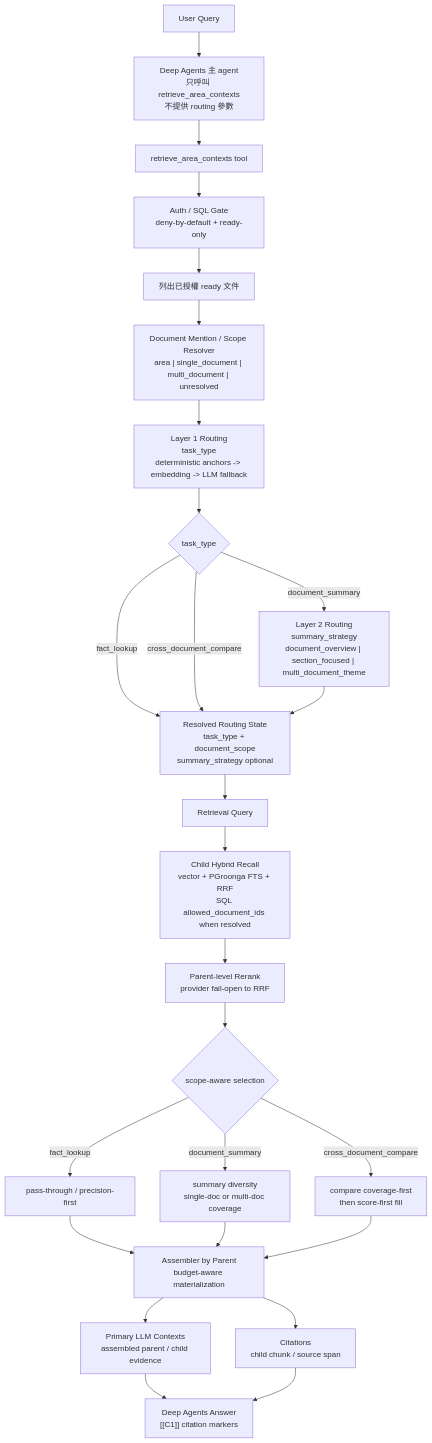
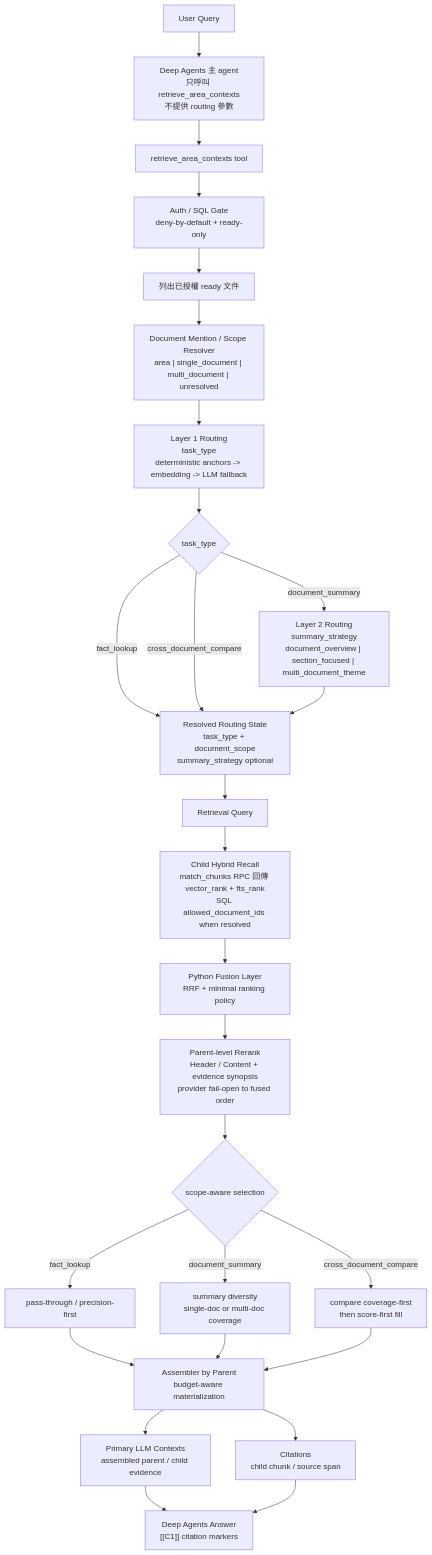
Before and after one commit to jASTARSEVEN/deep-agent-rag-stack: the second of 2 diagrams in ARCHITECTURE.md, drawn with Mermaid. The commit also changed other lines of this file and 3 other files, not shown here.

````diff
--- a/ARCHITECTURE.md
+++ b/ARCHITECTURE.md
@@ -143,33 +143,34 @@
 ```mermaid
 flowchart TD
     Q["User Query"] --> AGENT["Deep Agents 主 agent<br/>只呼叫 retrieve_area_contexts<br/>不提供 routing 參數"]
     AGENT --> TOOL["retrieve_area_contexts tool"]
     TOOL --> AUTH["Auth / SQL Gate<br/>deny-by-default + ready-only"]
 
     AUTH --> DOCS["列出已授權 ready 文件"]
     DOCS --> SCOPE["Document Mention / Scope Resolver<br/>area | single_document | multi_document | unresolved"]
     SCOPE --> L1["Layer 1 Routing<br/>task_type<br/>deterministic anchors -> embedding -> LLM fallback"]
     L1 --> L2{"task_type"}
 
     L2 -->|fact_lookup| RTS["Resolved Routing State<br/>task_type + document_scope<br/>summary_strategy optional"]
     L2 -->|document_summary| SS["Layer 2 Routing<br/>summary_strategy<br/>document_overview | section_focused | multi_document_theme"]
     L2 -->|cross_document_compare| RTS
     SS --> RTS
 
     RTS --> RQ["Retrieval Query"]
-    RQ --> CH["Child Hybrid Recall<br/>vector + PGroonga FTS + RRF<br/>SQL allowed_document_ids when resolved"]
-    CH --> RR["Parent-level Rerank<br/>provider fail-open to RRF"]
+    RQ --> CH["Child Hybrid Recall<br/>match_chunks RPC 回傳 vector_rank + fts_rank<br/>SQL allowed_document_ids when resolved"]
+    CH --> FUSE["Python Fusion Layer<br/>RRF + minimal ranking policy"]
+    FUSE --> RR["Parent-level Rerank<br/>Header / Content + evidence synopsis<br/>provider fail-open to fused order"]
     RR --> SEL{"scope-aware selection"}
     SEL -->|fact_lookup| PASS["pass-through / precision-first"]
     SEL -->|document_summary| SUMSEL["summary diversity<br/>single-doc or multi-doc coverage"]
     SEL -->|cross_document_compare| CMPSEL["compare coverage-first<br/>then score-first fill"]
 
     PASS --> ASM["Assembler by Parent<br/>budget-aware materialization"]
     SUMSEL --> ASM
     CMPSEL --> ASM
 
     ASM --> CTX["Primary LLM Contexts<br/>assembled parent / child evidence"]
     ASM --> CIT["Citations<br/>child chunk / source span"]
     CTX --> SYN["Deep Agents Answer<br/>[[C1]] citation markers"]
     CIT --> SYN
 ```
````
